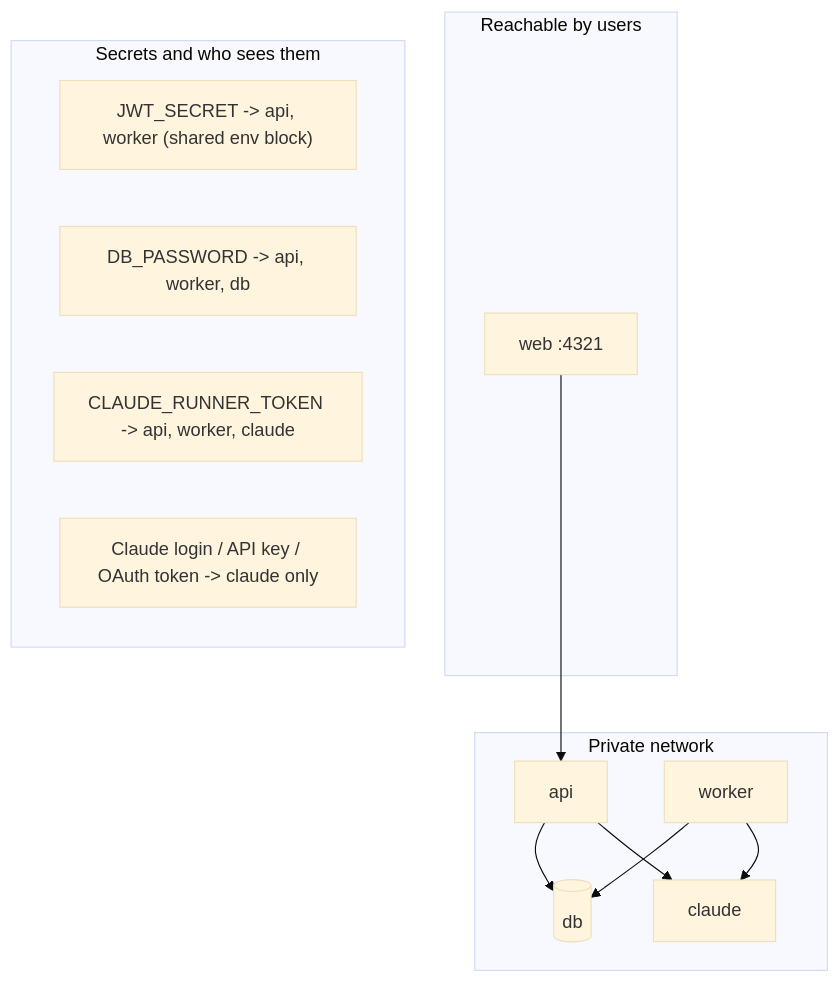
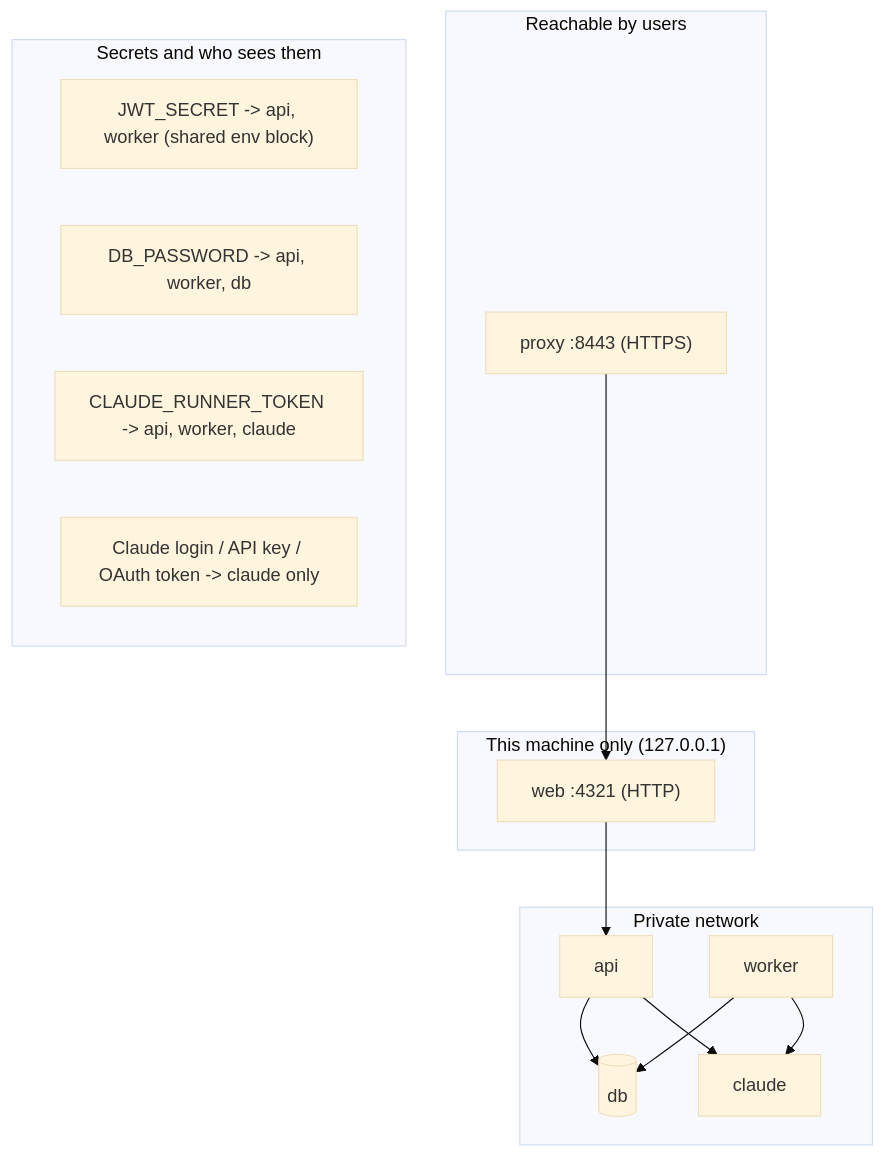
Before and after one commit to achintya-labs/AIPaperCorrection: the third of 3 diagrams in docs/architecture.md, drawn with Mermaid (base theme). The commit also changed other lines of this file and 5 other files, not shown here.

````diff
--- a/docs/architecture.md
+++ b/docs/architecture.md
@@ -209,23 +211,27 @@
 ```mermaid
 flowchart TB
     subgraph pub["Reachable by users"]
-        W["web :4321"]
+        X["proxy :8443 (HTTPS)"]
+    end
+    subgraph local["This machine only (127.0.0.1)"]
+        W["web :4321 (HTTP)"]
     end
     subgraph priv["Private network"]
         A["api"]
         K["worker"]
         C["claude"]
         D[("db")]
     end
     subgraph secrets["Secrets and who sees them"]
         S1["JWT_SECRET -> api, worker (shared env block)"]
         S2["DB_PASSWORD -> api, worker, db"]
         S3["CLAUDE_RUNNER_TOKEN -> api, worker, claude"]
         S4["Claude login / API key / OAuth token -> claude only"]
     end
+    X --> W
     W --> A
     A --> D
     K --> D
     K --> C
     A --> C
 ```
````
